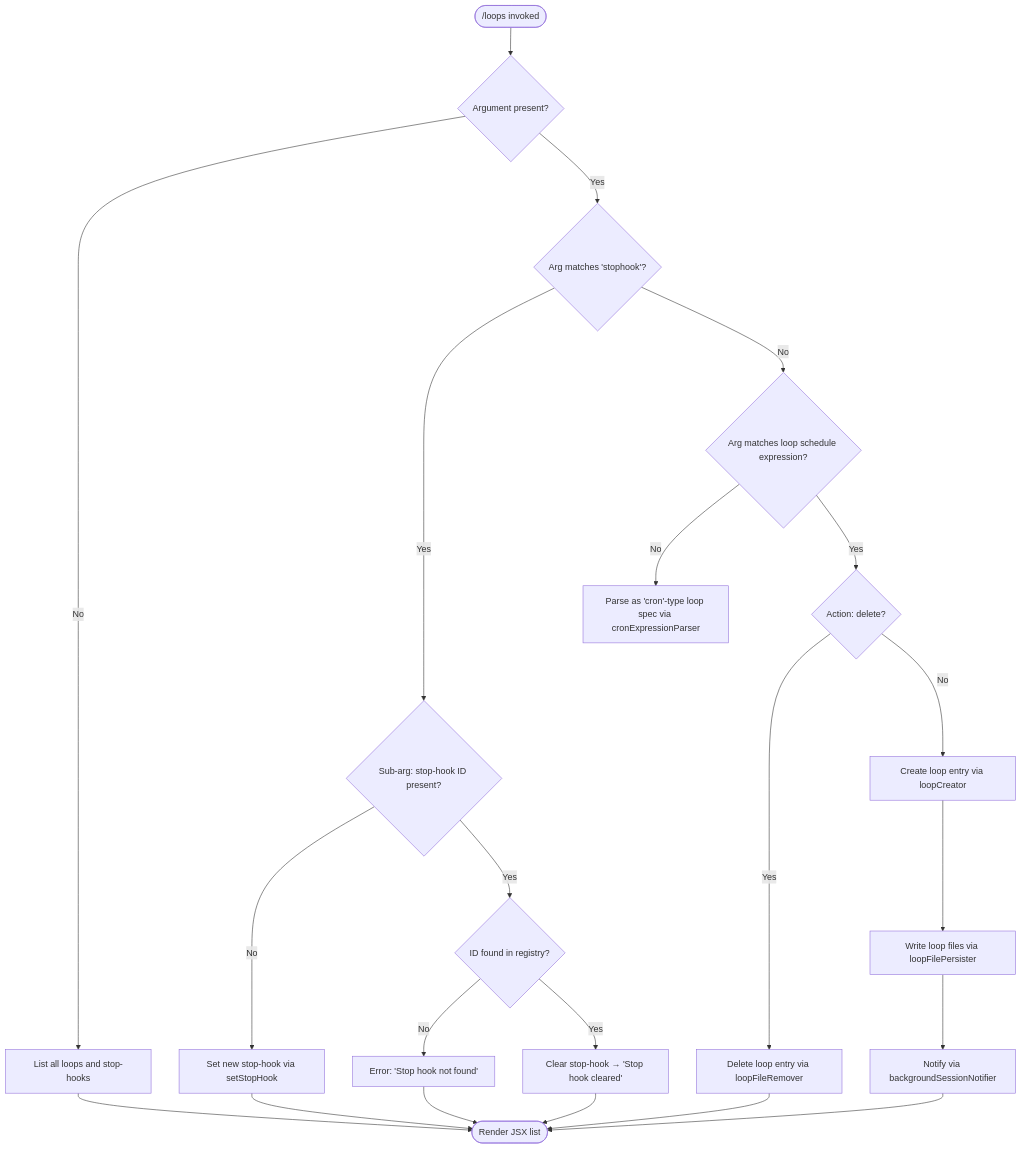
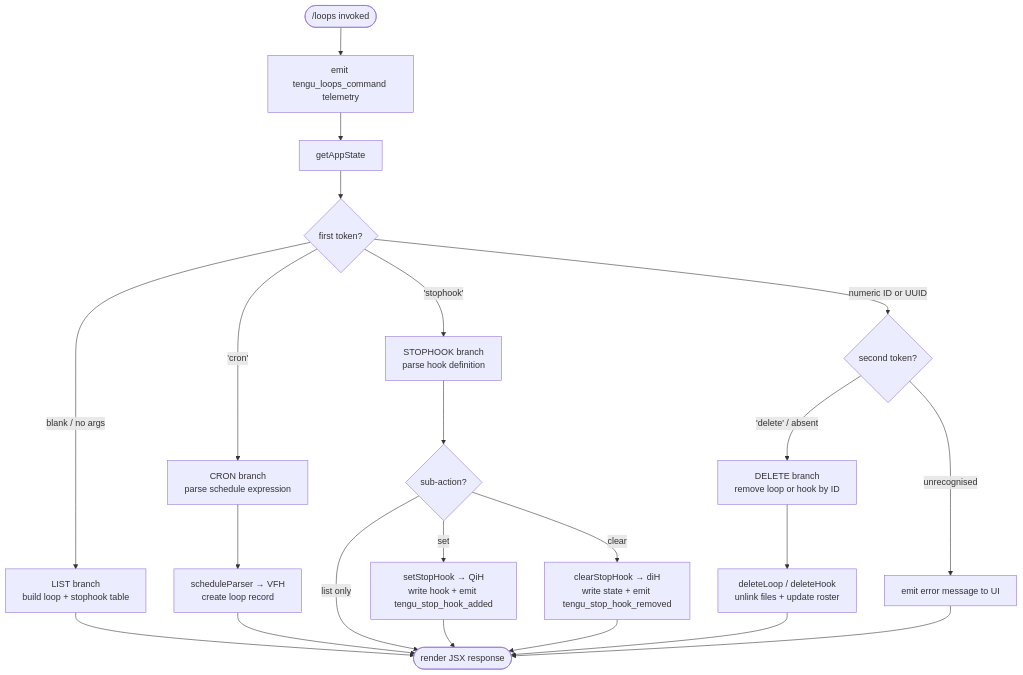
One commit to MyLittleLuckyDog/cc-gnothi changed the diagram in versions/v2.1.143/loops.md. Above: the diagram before and after it, drawn with Mermaid. The commit also changed other lines of this file and 87 other files, not shown here.

````diff
--- a/versions/v2.1.143/loops.md
+++ b/versions/v2.1.143/loops.md
@@ -46,24 +46,26 @@
 ```mermaid
 flowchart TD
-    A(["/loops invoked"]) --> B{Argument present?}
-    B -- No --> C[List all loops and stop-hooks]
-    B -- Yes --> D{Arg matches 'stophook'?}
-    D -- Yes --> E{Sub-arg: stop-hook ID present?}
-    E -- No --> F[Set new stop-hook via setStopHook]
-    E -- Yes --> G{ID found in registry?}
-    G -- No --> H[Error: 'Stop hook not found']
-    G -- Yes --> I[Clear stop-hook → 'Stop hook cleared']
-    D -- No --> J{Arg matches loop schedule expression?}
-    J -- No --> K[Parse as 'cron'-type loop spec via cronExpressionParser]
-    J -- Yes --> L{Action: delete?}
-    L -- Yes --> M[Delete loop entry via loopFileRemover]
-    L -- No --> N[Create loop entry via loopCreator]
-    N --> O[Write loop files via loopFilePersister]
-    O --> P[Notify via backgroundSessionNotifier]
-    C --> Q([Render JSX list])
-    I --> Q
-    H --> Q
-    M --> Q
-    P --> Q
-    F --> Q
+    A([/loops invoked]) --> B[emit tengu_loops_command telemetry]
+    B --> C[getAppState]
+    C --> D{first token?}
+
+    D -->|blank / no args| E[LIST branch\nbuild loop + stophook table]
+    D -->|'cron'| F[CRON branch\nparse schedule expression]
+    D -->|'stophook'| G[STOPHOOK branch\nparse hook definition]
+    D -->|numeric ID or UUID| H{second token?}
+    H -->|'delete' / absent| I[DELETE branch\nremove loop or hook by ID]
+    H -->|unrecognised| J[emit error message to UI]
+
+    E --> Z([render JSX response])
+    F --> K[scheduleParser → VFH\ncreate loop record]
+    K --> Z
+    G --> L{sub-action?}
+    L -->|set| M[setStopHook → QiH\nwrite hook + emit tengu_stop_hook_added]
+    L -->|clear| N[clearStopHook → diH\nwrite state + emit tengu_stop_hook_removed]
+    L -->|list only| Z
+    M --> Z
+    N --> Z
+    I --> O[deleteLoop / deleteHook\nunlink files + update roster]
+    O --> Z
+    J --> Z
 ```
````
